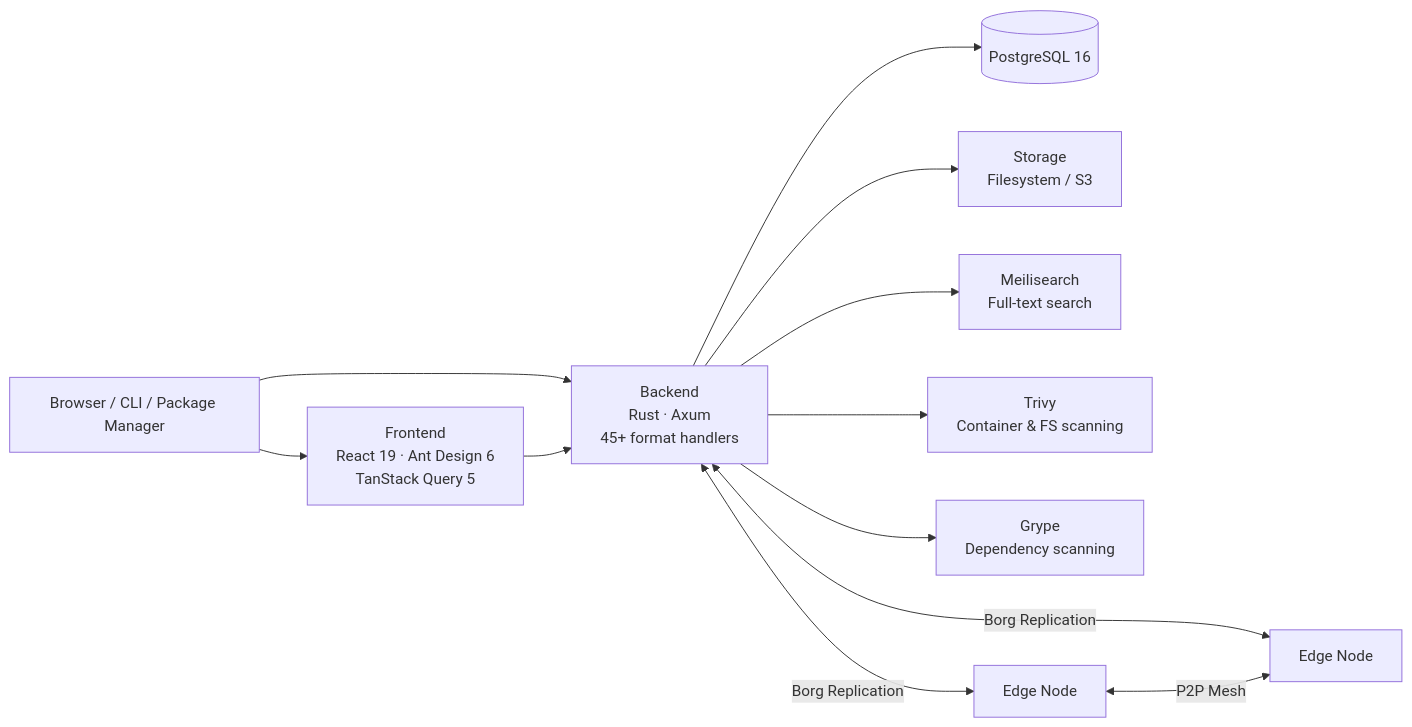
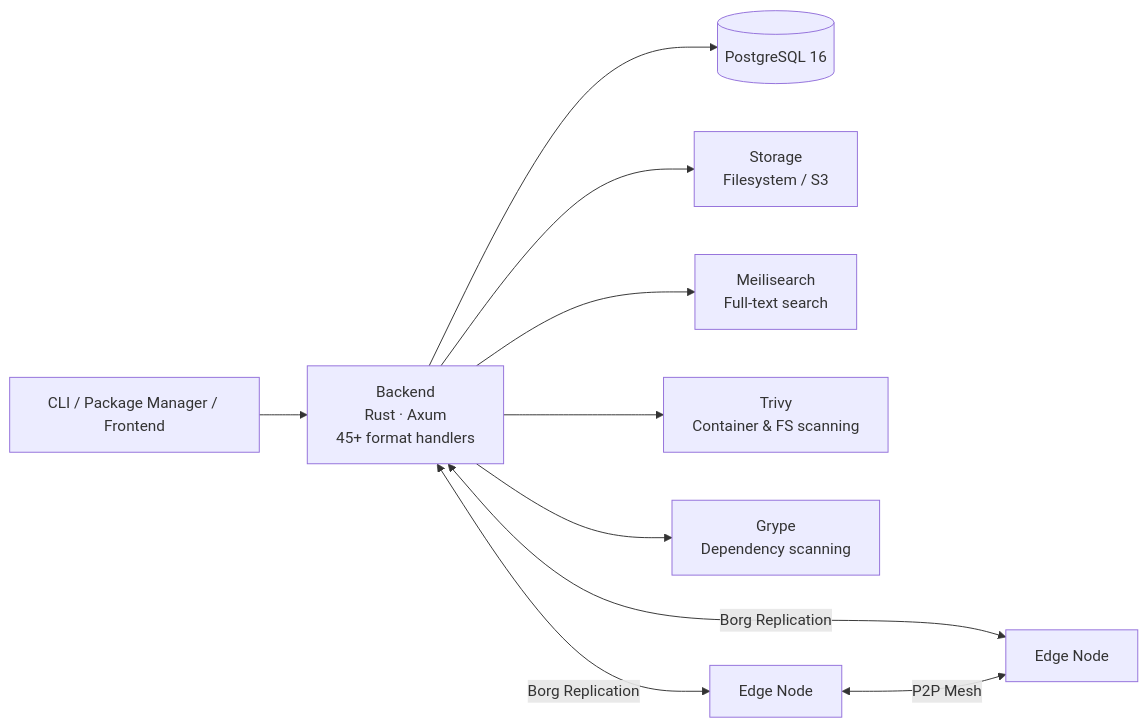
The first of 4 diagrams in README.md (artifact-keeper/artifact-keeper), drawn with Mermaid before and after one commit. The commit also changed other lines of this file and 19 other files, not shown here.

````diff
--- a/README.md
+++ b/README.md
@@ -25,25 +25,22 @@
 ```mermaid
 graph LR
-    Client["Browser / CLI / Package Manager"]
-    Frontend["Frontend\nReact 19 · Ant Design 6\nTanStack Query 5"]
+    Client["CLI / Package Manager / Frontend"]
     Backend["Backend\nRust · Axum\n45+ format handlers"]
     DB[(PostgreSQL 16)]
     Storage["Storage\nFilesystem / S3"]
     Meili["Meilisearch\nFull-text search"]
     Trivy["Trivy\nContainer & FS scanning"]
     Grype["Grype\nDependency scanning"]
     Edge1["Edge Node"]
     Edge2["Edge Node"]
 
-    Client --> Frontend
     Client --> Backend
-    Frontend --> Backend
     Backend --> DB
     Backend --> Storage
     Backend --> Meili
     Backend --> Trivy
     Backend --> Grype
     Backend <-->|Borg Replication| Edge1
     Backend <-->|Borg Replication| Edge2
     Edge1 <-->|P2P Mesh| Edge2
 ```
````
